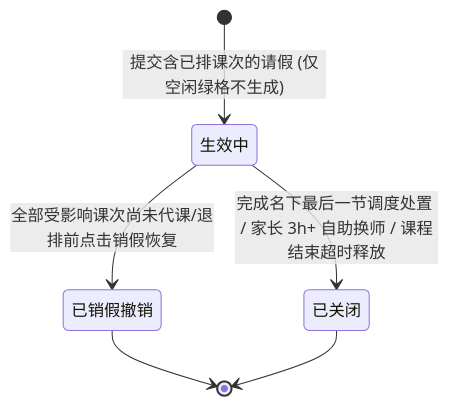
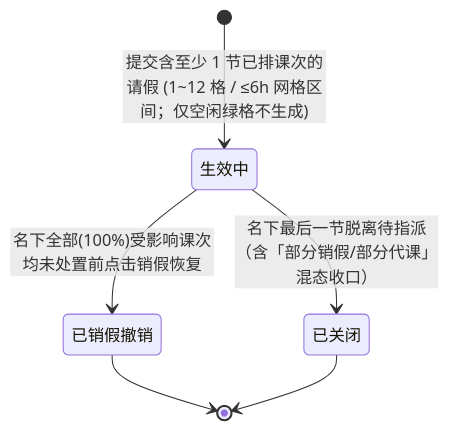
Diagram 16 of 20 in docs/ENTITY_STATE_MACHINES.md (Onezao/dream), drawn with Mermaid before and after one commit. The commit also changed other lines of this file and 34 other files, not shown here.

````diff
--- a/docs/ENTITY_STATE_MACHINES.md
+++ b/docs/ENTITY_STATE_MACHINES.md
@@ -321,8 +444,8 @@
 ```mermaid
 stateDiagram-v2
-    [*] --> 生效中: 提交含已排课次的请假 (仅空闲绿格不生成)
-    生效中 --> 已销假撤销: 全部受影响课次尚未代课/退排前点击销假恢复
-    生效中 --> 已关闭: 完成名下最后一节调度处置 / 家长 3h+ 自助换师 / 课程结束超时释放
+    [*] --> 生效中: 提交含至少 1 节已排课次的请假 (1~12 格 / ≤6h 网格区间；仅空闲绿格不生成)
+    生效中 --> 已销假撤销: 名下全部(100%)受影响课次均未处置前点击销假恢复
+    生效中 --> 已关闭: 名下最后一节脱离待指派（含「部分销假/部分代课」混态收口）
     已销假撤销 --> [*]
     已关闭 --> [*]
 ```
````
